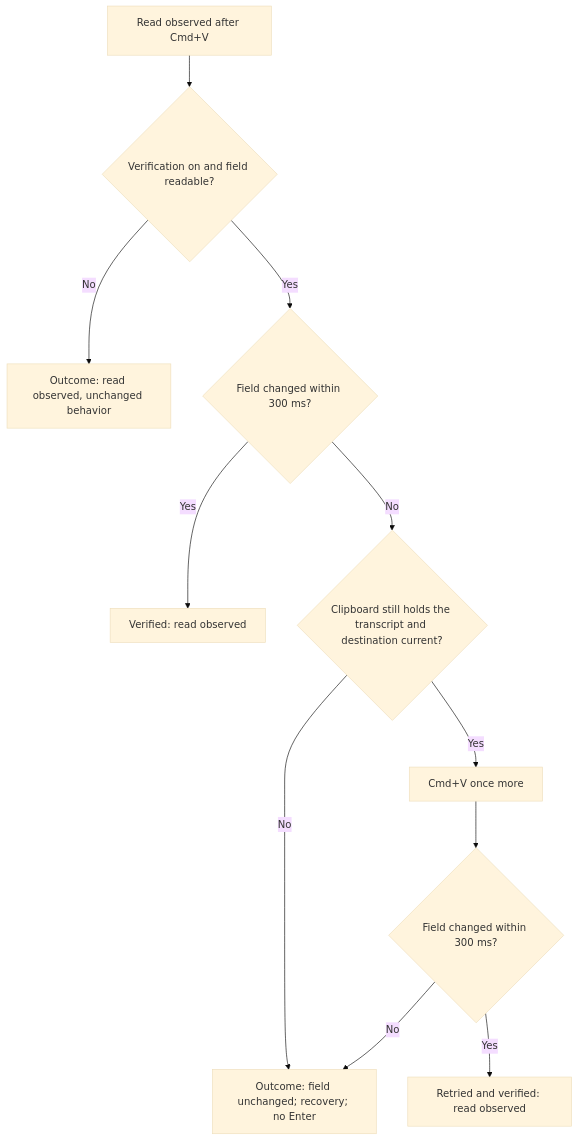
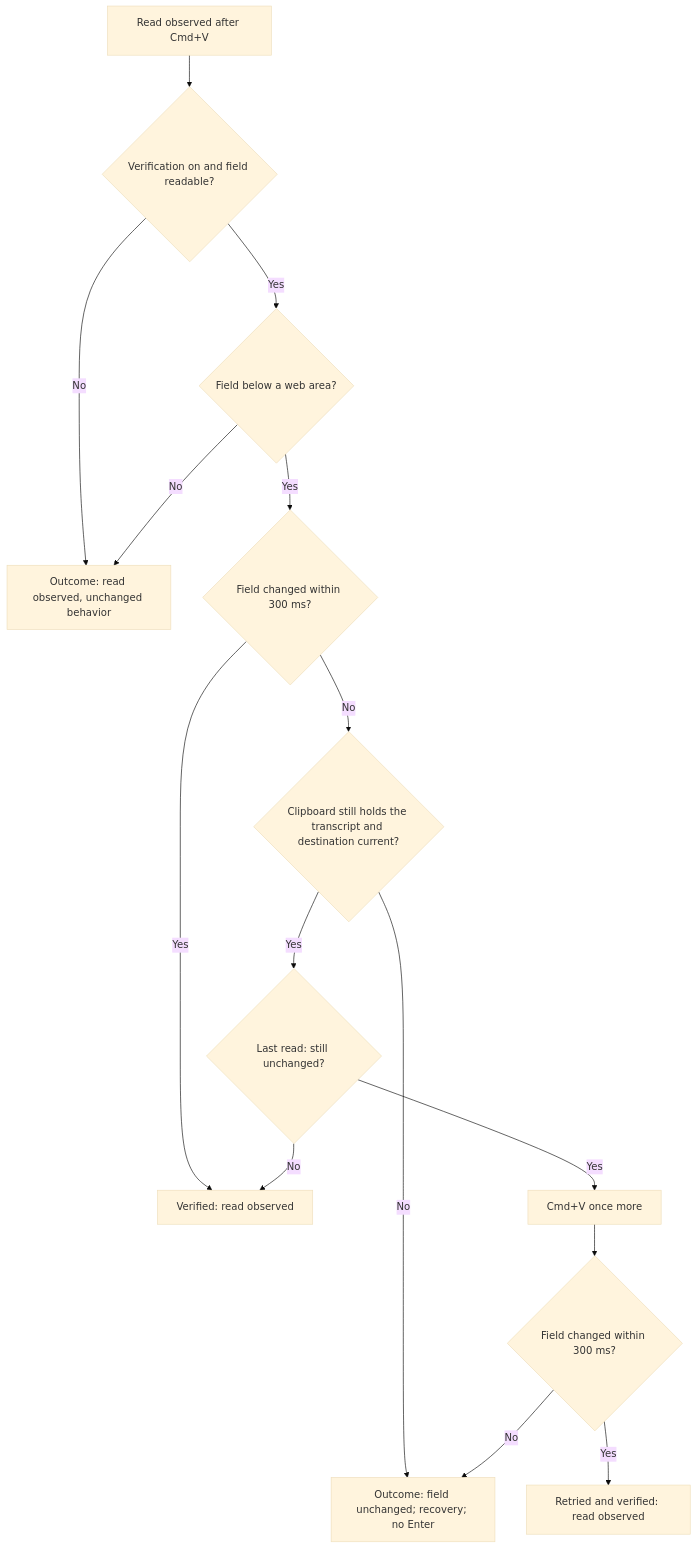
Before and after one commit to julien-m/handy: the seventh of 7 diagrams in .specs/features/007-smart-paste/spec.md, drawn with Mermaid (base theme). The commit also changed other lines of this file and 15 other files, not shown here.

````diff
--- a/.specs/features/007-smart-paste/spec.md
+++ b/.specs/features/007-smart-paste/spec.md
@@ -294,13 +305,17 @@
 ```mermaid
 flowchart TD
   A[Read observed after Cmd+V] --> B{Verification on and field readable?}
   B -- No --> C[Outcome: read observed, unchanged behavior]
-  B -- Yes --> D{Field changed within 300 ms?}
+  B -- Yes --> W{Field below a web area?}
+  W -- No --> C
+  W -- Yes --> D{Field changed within 300 ms?}
   D -- Yes --> E[Verified: read observed]
   D -- No --> F{Clipboard still holds the transcript and destination current?}
   F -- No --> G[Outcome: field unchanged; recovery; no Enter]
-  F -- Yes --> H[Cmd+V once more]
+  F -- Yes --> L{Last read: still unchanged?}
+  L -- No --> E
+  L -- Yes --> H[Cmd+V once more]
   H --> I{Field changed within 300 ms?}
   I -- Yes --> J[Retried and verified: read observed]
   I -- No --> G
 ```
````
